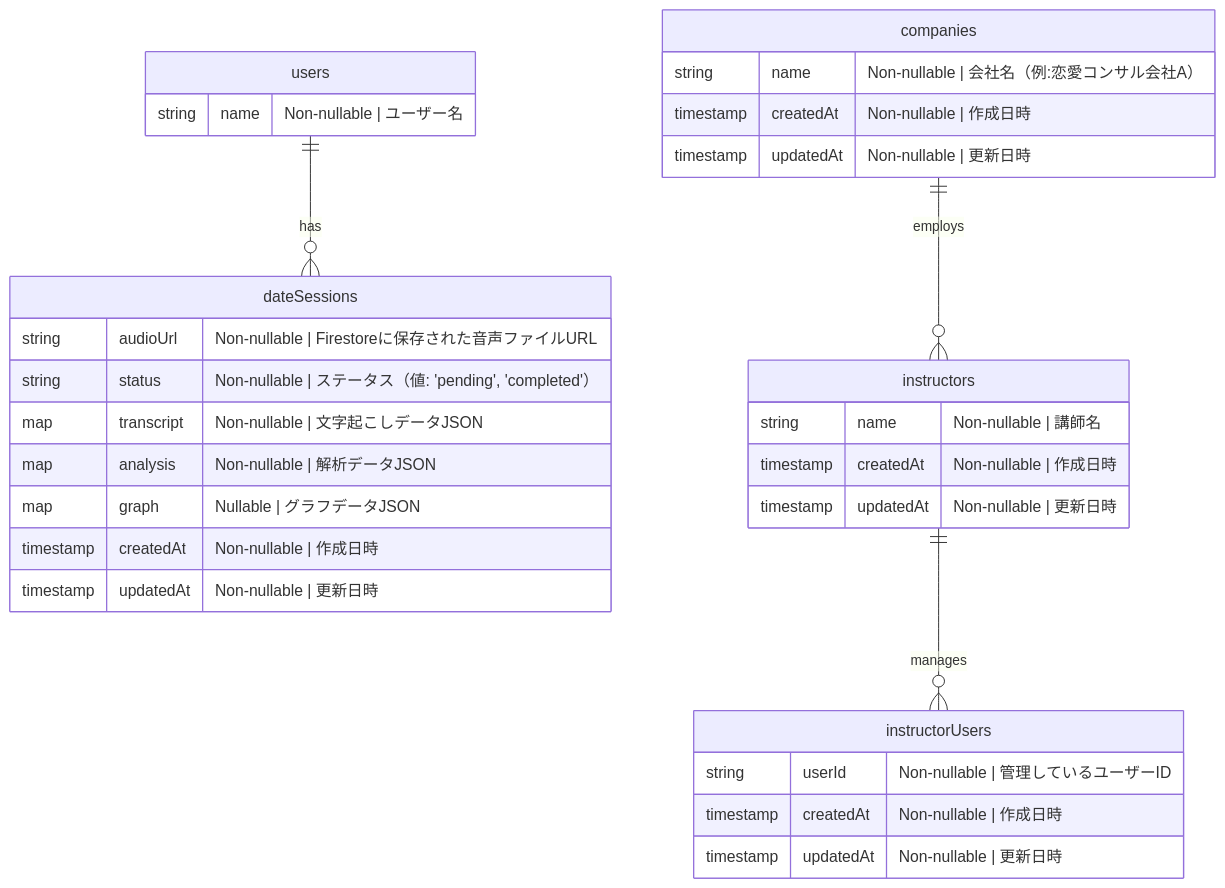
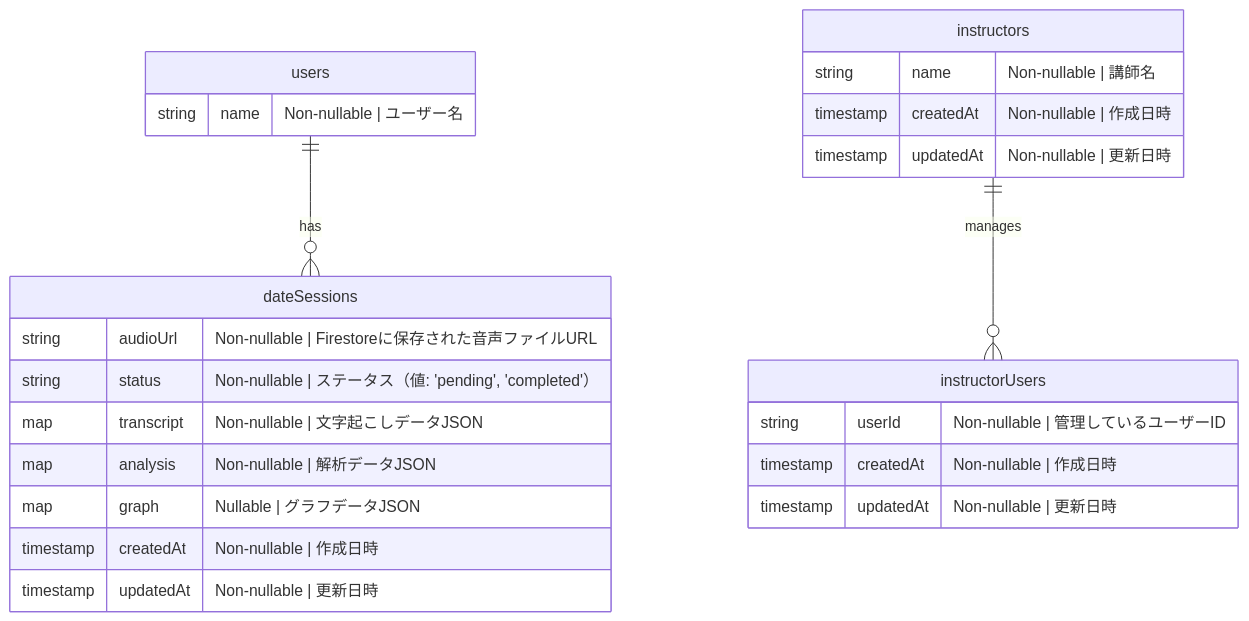
Before and after one commit to GrassVenture/date-feed-back: the diagram in .cursor/rules/db-data-schema.mdc, drawn with Mermaid.

Commit message:
ER図から企業（companies）関連の定義を削除（to C 対応にスコープを限定）

````diff
--- a/.cursor/rules/db-data-schema.mdc
+++ b/.cursor/rules/db-data-schema.mdc
@@ -10,38 +10,32 @@
 ```mermaid
 erDiagram
     users ||--o{ dateSessions : has
     instructors ||--o{ instructorUsers : manages
-    companies ||--o{ instructors : employs
 
     users {
         string name "Non-nullable | ユーザー名"
     }
 
     dateSessions {
         string audioUrl "Non-nullable | Firestoreに保存された音声ファイルURL"
         string status "Non-nullable | ステータス（値: 'pending', 'completed'）"
         map transcript "Non-nullable | 文字起こしデータJSON"
         map analysis "Non-nullable | 解析データJSON"
         map graph "Nullable | グラフデータJSON"
         timestamp createdAt "Non-nullable | 作成日時"
         timestamp updatedAt "Non-nullable | 更新日時"
     }
 
-    companies {
-        string name "Non-nullable | 会社名（例:恋愛コンサル会社A）"
-        timestamp createdAt "Non-nullable | 作成日時"
-        timestamp updatedAt "Non-nullable | 更新日時"
-    }
-
     instructors {
         string name "Non-nullable | 講師名"
         timestamp createdAt "Non-nullable | 作成日時"
         timestamp updatedAt "Non-nullable | 更新日時"
     }
 
     instructorUsers {
         string userId "Non-nullable | 管理しているユーザーID"
         timestamp createdAt "Non-nullable | 作成日時"
         timestamp updatedAt "Non-nullable | 更新日時"
     }
+
 ```
````
